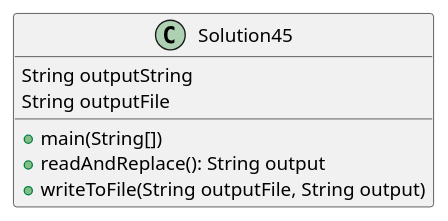
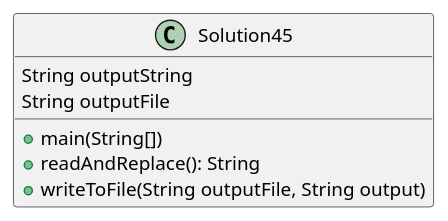
Before and after one commit to nader-fares/fares-a04: the diagram in exercise45/docs/main.puml, drawn with PlantUML. The commit also changed 65 other files, not shown here.

Commit message:
fixed uml diagrams; exercise 44: added method that searches through list, added unit testing for method

```diff
--- a/exercise45/docs/main.puml
+++ b/exercise45/docs/main.puml
@@ -1,12 +1,12 @@
 @startuml
 'https://plantuml.com/sequence-diagram
 
 
 class Solution45 {
 String outputString
 String outputFile
 +main(String[])
-+readAndReplace(): String output
++readAndReplace(): String
 +writeToFile(String outputFile, String output)
 }
 @enduml
```
